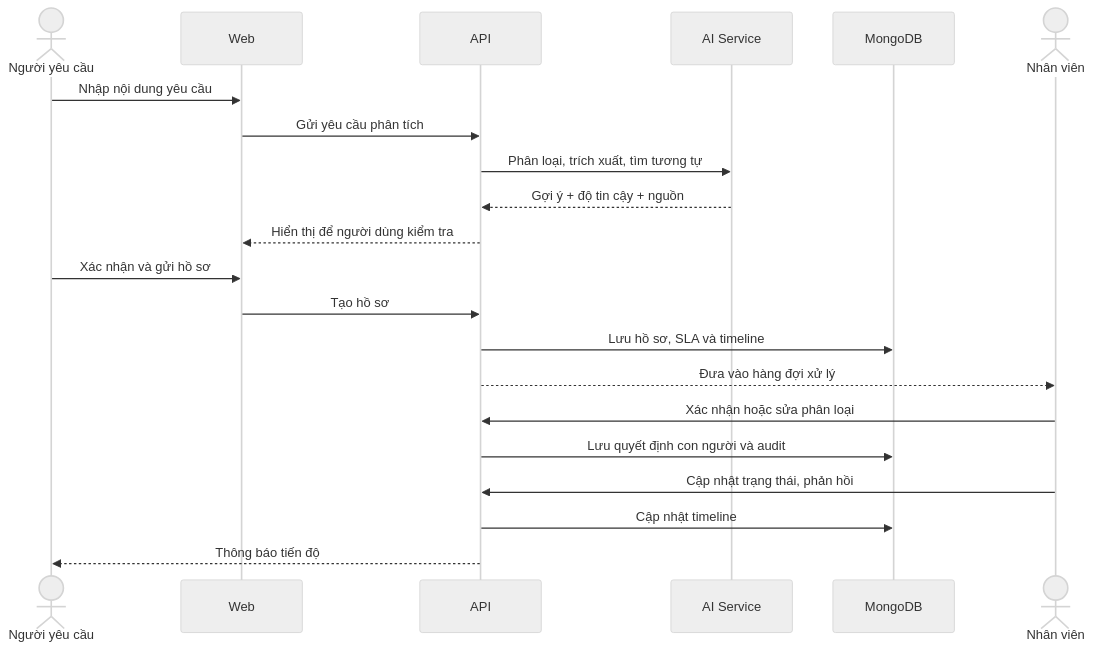
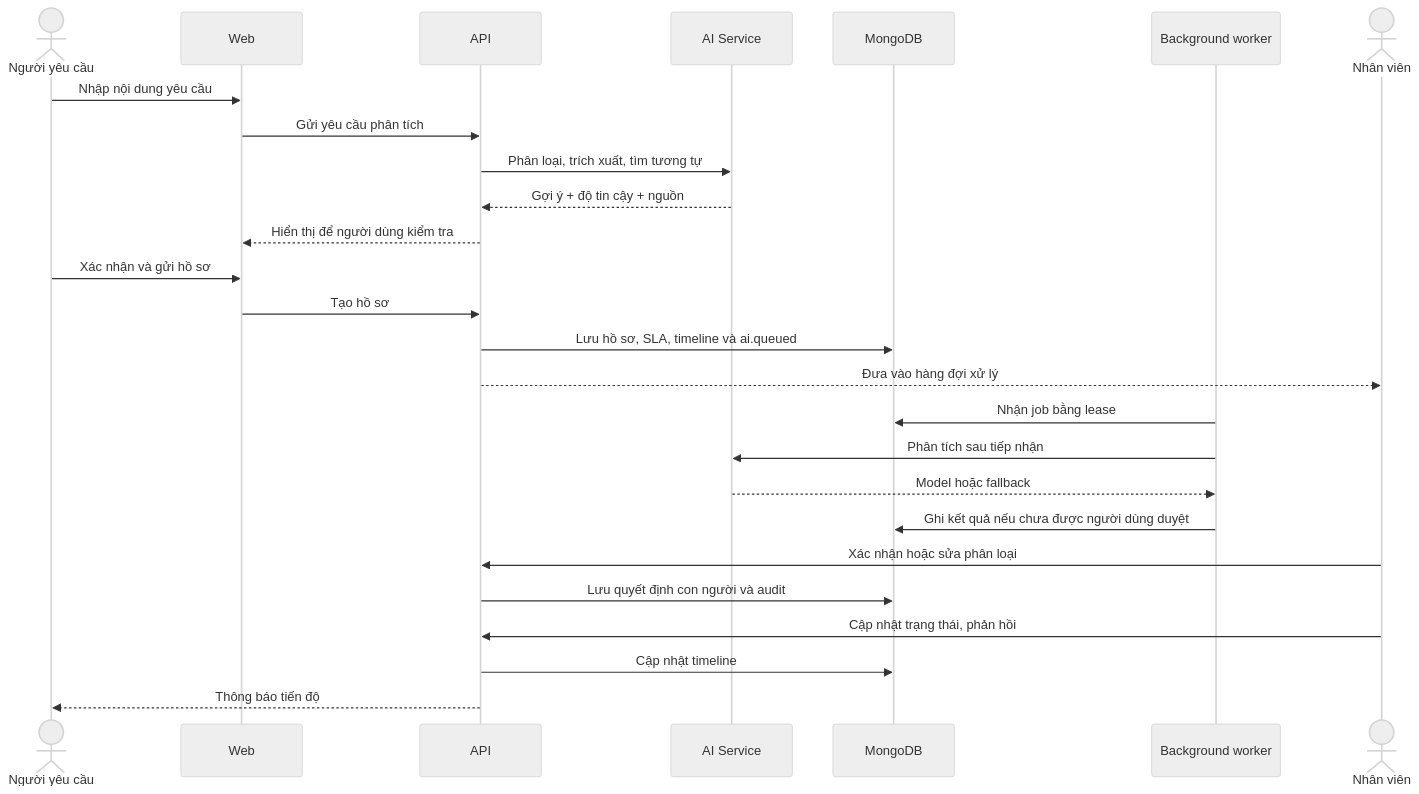
The third of 4 diagrams in docs/DIAGRAMS.md (YOUNGLEE2510/caseflowAI), drawn with Mermaid (neutral theme) before and after one commit. The commit also changed other lines of this file and 174 other files, not shown here.

````diff
--- a/docs/DIAGRAMS.md
+++ b/docs/DIAGRAMS.md
@@ -46,23 +46,28 @@
 ```mermaid
 sequenceDiagram
   actor U as Người yêu cầu
   participant W as Web
   participant A as API
   participant I as AI Service
   participant D as MongoDB
+  participant J as Background worker
   actor S as Nhân viên
   U->>W: Nhập nội dung yêu cầu
   W->>A: Gửi yêu cầu phân tích
   A->>I: Phân loại, trích xuất, tìm tương tự
   I-->>A: Gợi ý + độ tin cậy + nguồn
   A-->>W: Hiển thị để người dùng kiểm tra
   U->>W: Xác nhận và gửi hồ sơ
   W->>A: Tạo hồ sơ
-  A->>D: Lưu hồ sơ, SLA và timeline
+  A->>D: Lưu hồ sơ, SLA, timeline và ai.queued
   A-->>S: Đưa vào hàng đợi xử lý
+  J->>D: Nhận job bằng lease
+  J->>I: Phân tích sau tiếp nhận
+  I-->>J: Model hoặc fallback
+  J->>D: Ghi kết quả nếu chưa được người dùng duyệt
   S->>A: Xác nhận hoặc sửa phân loại
   A->>D: Lưu quyết định con người và audit
   S->>A: Cập nhật trạng thái, phản hồi
   A->>D: Cập nhật timeline
   A-->>U: Thông báo tiến độ
 ```
````
